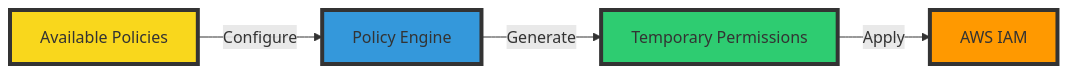
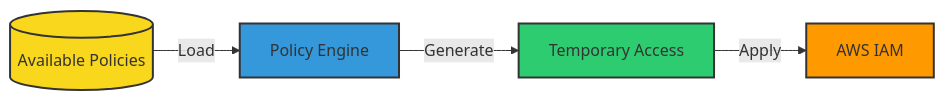
The second of 5 diagrams in jit-permissions-guardians/terraform/README.md (kubiyabot/terraform-modules), drawn with Mermaid before and after one commit. The commit also changed other lines of this file, not shown here.

````diff
--- a/jit-permissions-guardians/terraform/README.md
+++ b/jit-permissions-guardians/terraform/README.md
@@ -36,11 +48,21 @@
 ```mermaid
-graph LR
-    A[Available Policies] -->|Configure| B[Policy Engine]
-    B -->|Generate| C[Temporary Permissions]
-    C -->|Apply| D[AWS IAM]
-    
-    style A fill:#f9d71c,stroke:#333,stroke-width:4px
-    style B fill:#3498db,stroke:#333,stroke-width:4px
-    style C fill:#2ecc71,stroke:#333,stroke-width:4px
-    style D fill:#FF9900,stroke:#333,stroke-width:4px
+flowchart LR
+    Policies[(Available Policies)]
+    Engine[Policy Engine]
+    Temp[Temporary Access]
+    IAM[AWS IAM]
+
+    Policies -->|Load| Engine
+    Engine -->|Generate| Temp
+    Temp -->|Apply| IAM
+
+    classDef policies fill:#f9d71c,stroke:#333,stroke-width:2px
+    classDef engine fill:#3498db,stroke:#333,stroke-width:2px
+    classDef temp fill:#2ecc71,stroke:#333,stroke-width:2px
+    classDef iam fill:#FF9900,stroke:#333,stroke-width:2px
+
+    class Policies policies
+    class Engine engine
+    class Temp temp
+    class IAM iam
 ```
````
